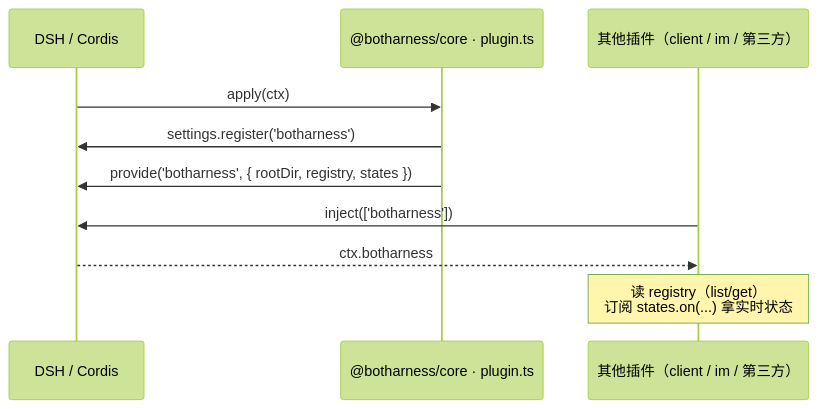
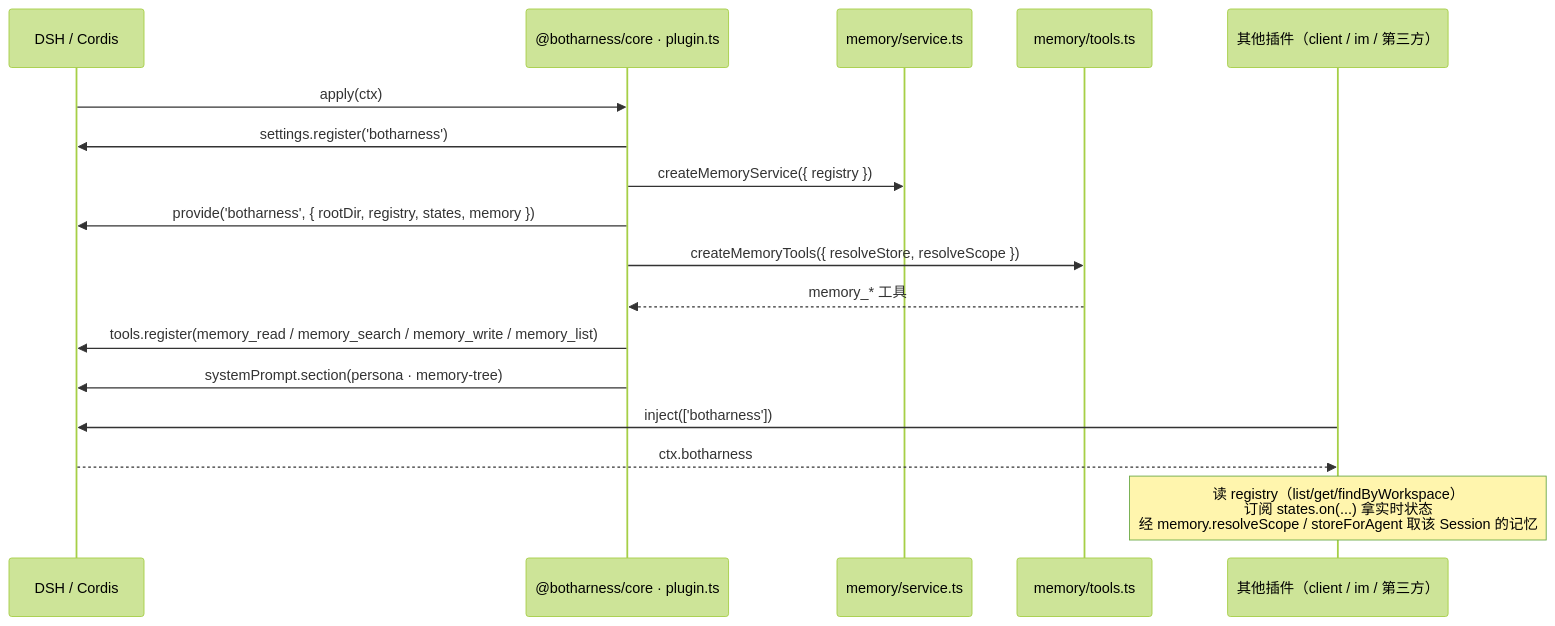
Before and after one commit to BotHarness/BotHarness: the third of 6 diagrams in docs/architecture/botharness-architecture.md, drawn with Mermaid (forest theme). The commit also changed other lines of this file and 44 other files, not shown here.

First line of the commit message:
feat(core): M2 memory MVP — store, tools, git, prompt injection

````diff
--- a/docs/architecture/botharness-architecture.md
+++ b/docs/architecture/botharness-architecture.md
@@ -90,13 +112,20 @@
 ```mermaid
 sequenceDiagram
   participant D as DSH / Cordis
   participant P as @botharness/core · plugin.ts
+  participant M as memory/service.ts
+  participant T as memory/tools.ts
   participant O as 其他插件（client / im / 第三方）
 
   D->>P: apply(ctx)
   P->>D: settings.register('botharness')
-  P->>D: provide('botharness', { rootDir, registry, states })
+  P->>M: createMemoryService({ registry })
+  P->>D: provide('botharness', { rootDir, registry, states, memory })
+  P->>T: createMemoryTools({ resolveStore, resolveScope })
+  T-->>P: memory_* 工具
+  P->>D: tools.register(memory_read / memory_search / memory_write / memory_list)
+  P->>D: systemPrompt.section(persona · memory-tree)
   O->>D: inject(['botharness'])
   D-->>O: ctx.botharness
-  Note over O: 读 registry（list/get）<br/>订阅 states.on(...) 拿实时状态
+  Note over O: 读 registry（list/get/findByWorkspace）<br/>订阅 states.on(...) 拿实时状态<br/>经 memory.resolveScope / storeForAgent 取该 Session 的记忆
 ```
````
